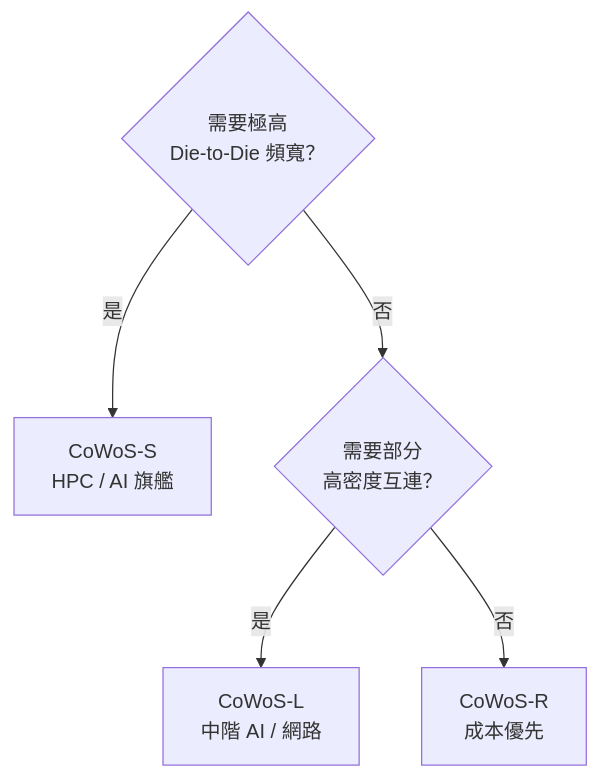
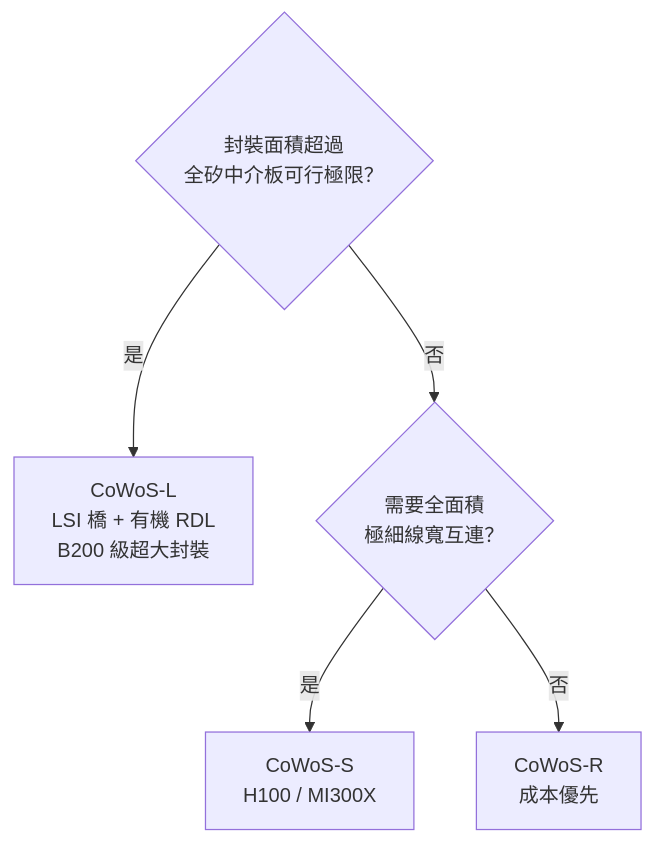
Before and after one commit to wizardhsiehcom/book: the third of 3 diagrams in docs/cowos/06-cowos-r-l.md, drawn with Mermaid. The commit also changed other lines of this file and 13 other files, not shown here.

````diff
--- a/docs/cowos/06-cowos-r-l.md
+++ b/docs/cowos/06-cowos-r-l.md
@@ -64,8 +67,8 @@
 ```mermaid
 flowchart TD
-    Q1{"需要極高<br/>Die-to-Die 頻寬？"}
-    Q1 -->|"是"| S["CoWoS-S<br/>HPC / AI 旗艦"]
-    Q1 -->|"否"| Q2{"需要部分<br/>高密度互連？"}
-    Q2 -->|"是"| L["CoWoS-L<br/>中階 AI / 網路"]
+    Q1{"封裝面積超過<br/>全矽中介板可行極限？"}
+    Q1 -->|"是"| L["CoWoS-L<br/>LSI 橋 + 有機 RDL<br/>B200 級超大封裝"]
+    Q1 -->|"否"| Q2{"需要全面積<br/>極細線寬互連？"}
+    Q2 -->|"是"| S["CoWoS-S<br/>H100 / MI300X"]
     Q2 -->|"否"| R["CoWoS-R<br/>成本優先"]
 ```
````
